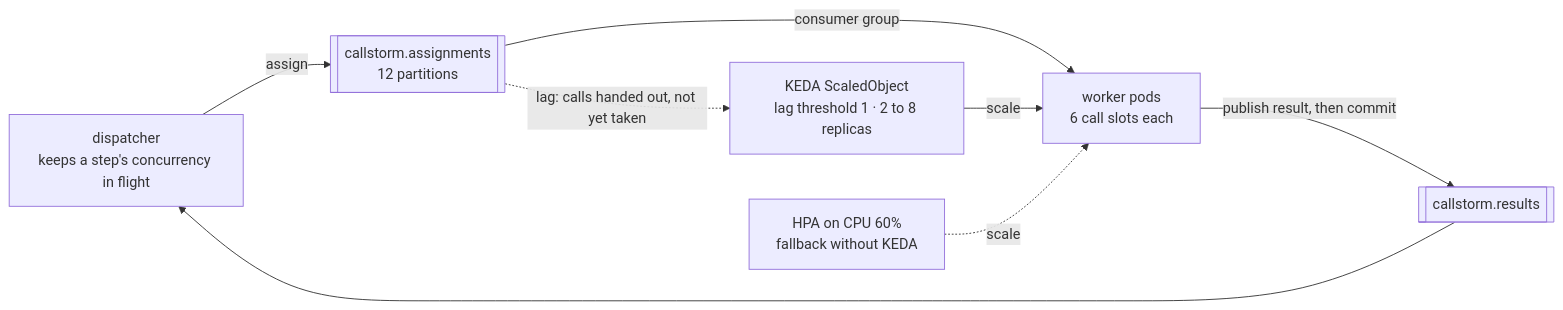
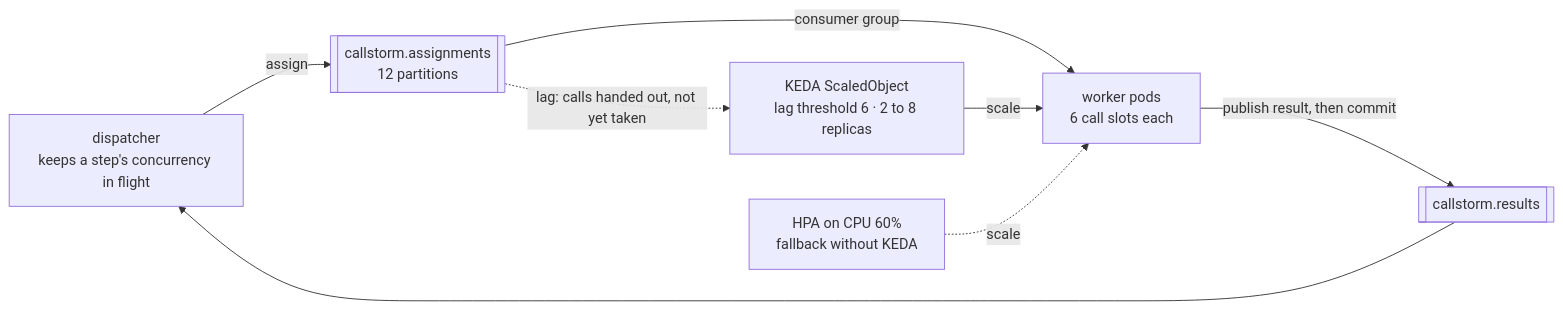
The second of 7 diagrams in docs/technical-guide.md (ai-calypse/callstorm), drawn with Mermaid before and after one commit. The commit also changed other lines of this file and 3 other files, not shown here.

````diff
--- a/docs/technical-guide.md
+++ b/docs/technical-guide.md
@@ -125,10 +125,10 @@
 ```mermaid
 flowchart LR
     D["dispatcher<br/>keeps a step's concurrency in flight"] -->|assign| T[["callstorm.assignments<br/>12 partitions"]]
     T -->|consumer group| W["worker pods<br/>6 call slots each"]
     W -->|"publish result, then commit"| R[["callstorm.results"]]
     R --> D
-    T -.->|"lag: calls handed out, not yet taken"| K["KEDA ScaledObject<br/>lag threshold 1 · 2 to 8 replicas"]
+    T -.->|"lag: calls handed out, not yet taken"| K["KEDA ScaledObject<br/>lag threshold 6 · 2 to 8 replicas"]
     K -->|scale| W
     H["HPA on CPU 60%<br/>fallback without KEDA"] -.->|scale| W
 ```
````
